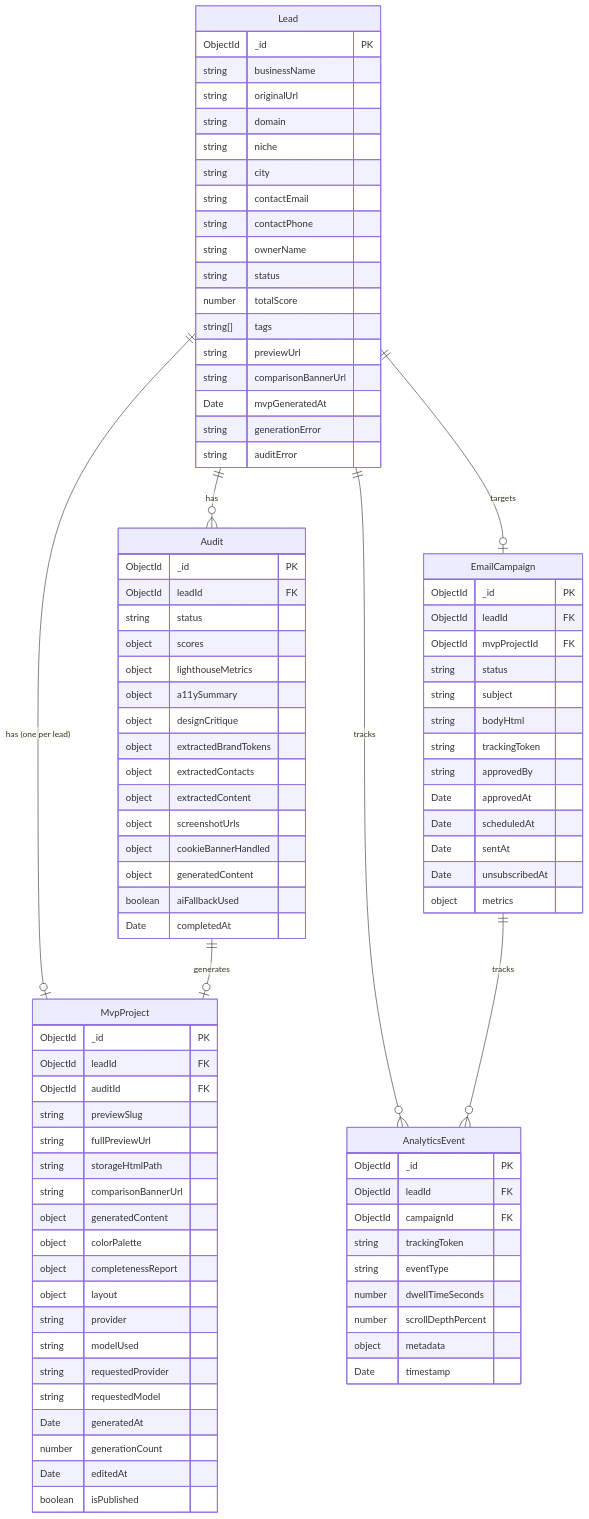
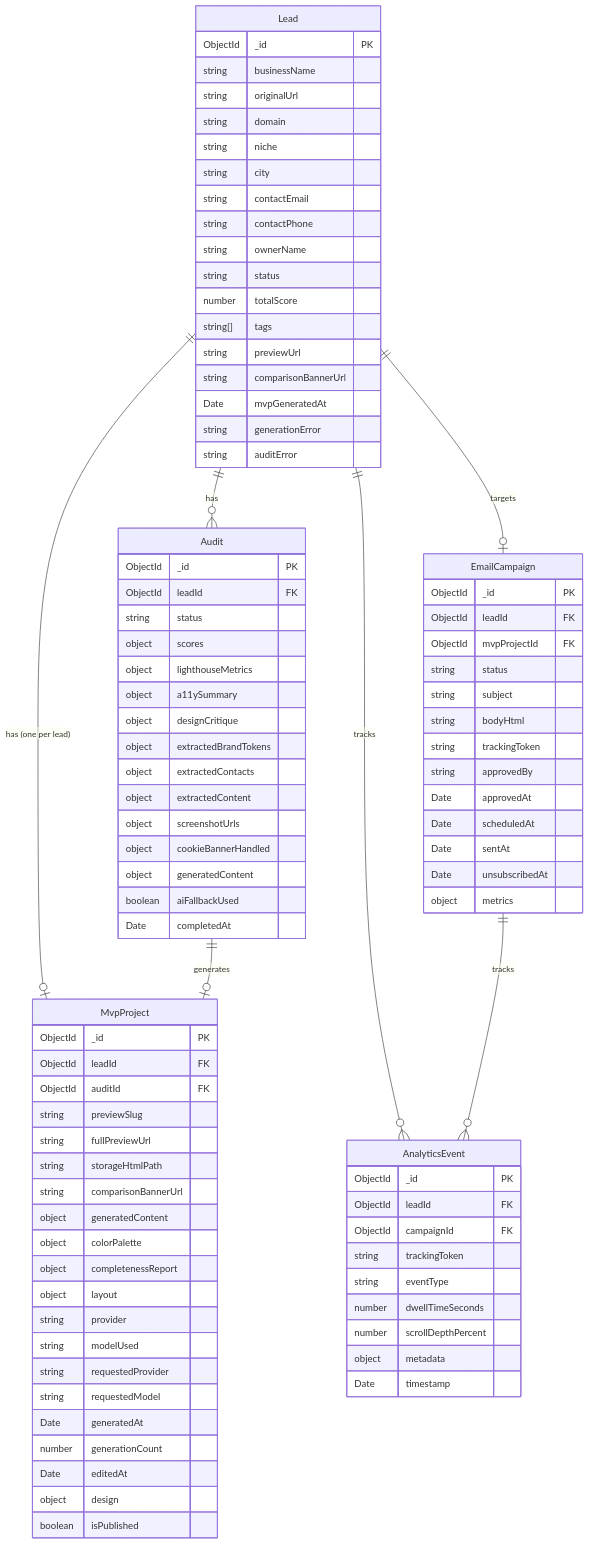
One commit to yurykurouski/revamp-docs changed the seventh of 10 diagrams in blueprint.md. Above: the diagram before and after it, drawn with Mermaid. The commit also changed other lines of this file and 3 other files, not shown here.

```diff
--- a/blueprint.md
+++ b/blueprint.md
@@ -484,6 +485,7 @@
         Date generatedAt
         number generationCount
         Date editedAt
+        object design
         boolean isPublished
     }
 
```
